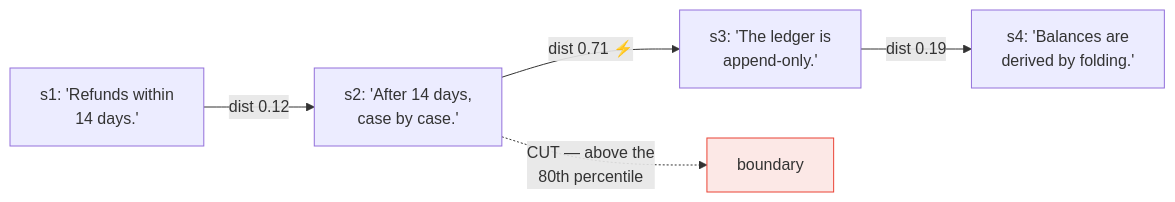
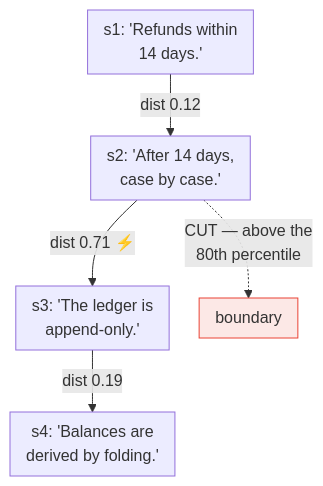
Before and after one commit to fibaneza/public-tmp: the fourth of 4 diagrams in rag/RAG_Chunking.adoc, drawn with Mermaid. The commit also changed other lines of this file and 19 other files, not shown here.

Commit message:
feat: add RAG observability guide, standardize mermaid diagrams, and update cross-references throughout documentation

```diff
--- a/rag/RAG_Chunking.adoc
+++ b/rag/RAG_Chunking.adoc
@@ -239,11 +242,12 @@
 [mermaid]
 ....
-flowchart LR
+%%{init: {"flowchart": {"nodeSpacing": 30, "rankSpacing": 38, "padding": 8}} }%%
+flowchart TB
     S1["s1: 'Refunds within<br/>14 days.'"] -->|"dist 0.12"| S2["s2: 'After 14 days,<br/>case by case.'"]
     S2 -->|"dist 0.71 ⚡"| S3["s3: 'The ledger is<br/>append-only.'"]
     S3 -->|"dist 0.19"| S4["s4: 'Balances are<br/>derived by folding.'"]
 
     S2 -.->|"CUT — above the<br/>80th percentile"| B[boundary]
 
     style B fill:#fce8e6,stroke:#ea4335
 ....
```
